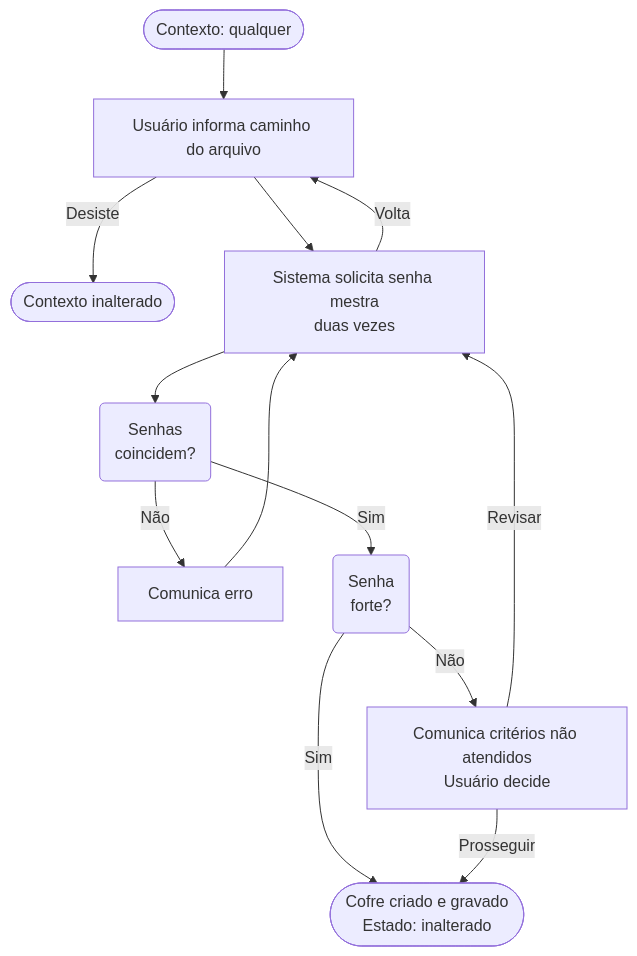
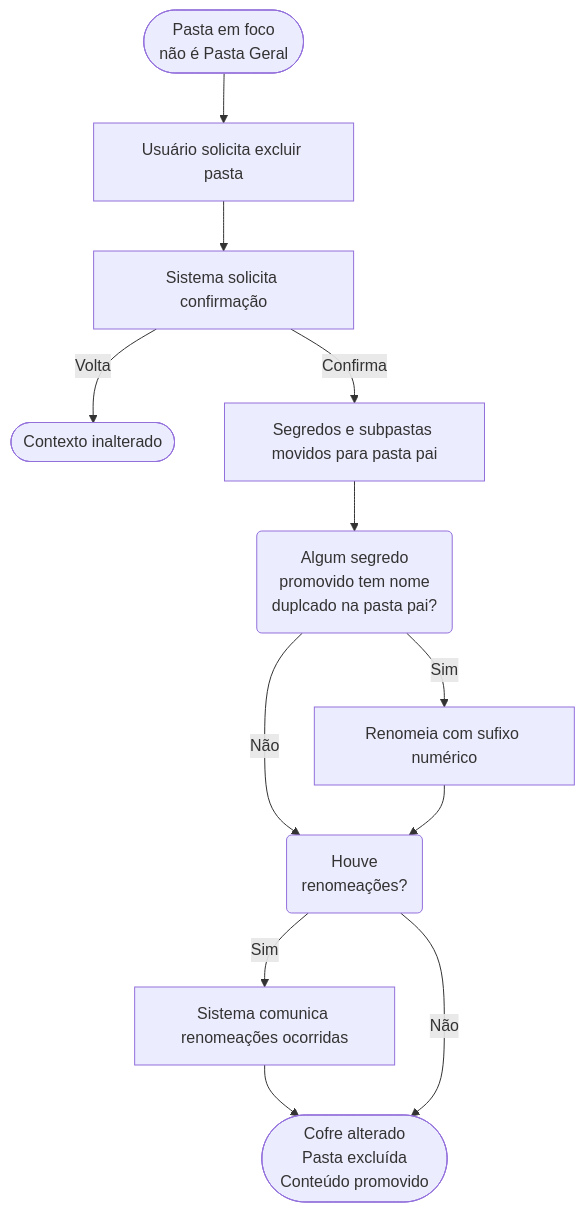
Before and after one commit to useful-toys/Abditum: the ninth of 9 diagrams in fluxos.md, drawn with Mermaid. The commit also changed other lines of this file, not shown here.

Commit message:
docs(fluxos): enhance save and exit flows with error handling and user decisions

````diff
--- a/fluxos.md
+++ b/fluxos.md
@@ -236,16 +909,12 @@
 ```mermaid
 flowchart TD
-    A([Contexto: qualquer]) --> B[Usuário informa caminho do arquivo]
-    B -- Desiste --> Z([Contexto inalterado])
-    B --> C[Sistema solicita senha mestra\nduas vezes]
-    C -- Volta --> B
-    C --> D(Senhas\ncoincidem?)
-    D -- Não --> E[Comunica erro]
-    E --> C
-    D -- Sim --> F(Senha\nforte?)
-    F -- Sim --> G
-    F -- Não --> H[Comunica critérios não atendidos\nUsuário decide]
-    H -- Revisar --> C
-    H -- Prosseguir --> G
-    G([Cofre criado e gravado\nEstado: inalterado])
+    A([Pasta em foco\nnão é Pasta Geral]) --> B[Usuário solicita excluir pasta]
+    B --> C[Sistema solicita confirmação]
+    C -- Volta --> Z([Contexto inalterado])
+    C -- Confirma --> D[Segredos e subpastas movidos para pasta pai]
+    D --> E(Algum segredo\npromovido tem nome\nduplcado na pasta pai?)
+    E -- Não --> G
+    E -- Sim --> F[Renomeia com sufixo numérico] --> G
+    G(Houve\nrenomeações?) -- Sim --> H[Sistema comunica renomeações ocorridas] --> OK
+    G -- Não --> OK([Cofre alterado\nPasta excluída\nConteúdo promovido])
 ```
````
